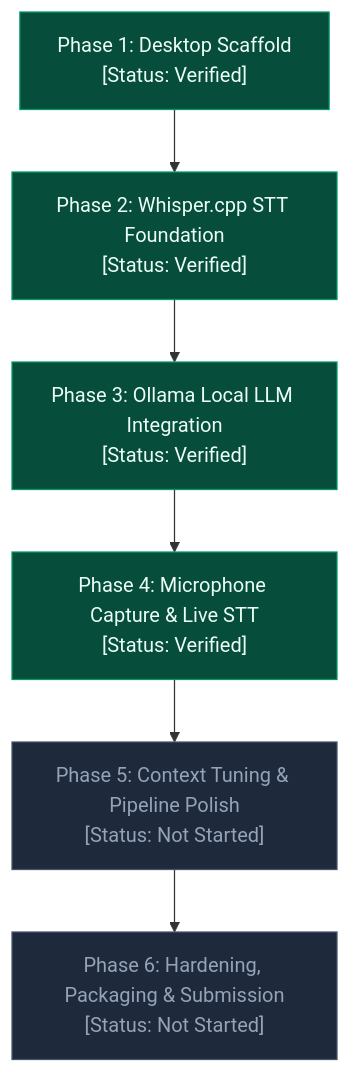
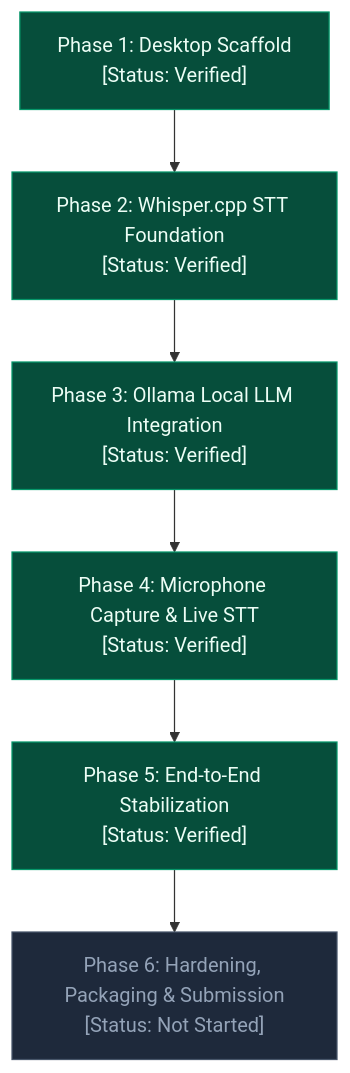
One commit to AbhiJeetSoni22/Local-AI-Conversation-Assistant changed the diagram in docs/PROJECT_ROADMAP.md. Above: the diagram before and after it, drawn with Mermaid. The commit also changed other lines of this file and 8 other files, not shown here.

Commit message:
feat: complete Phase 5 end-to-end stabilization with dynamic readiness, transcript editing, and retry flow

````diff
--- a/docs/PROJECT_ROADMAP.md
+++ b/docs/PROJECT_ROADMAP.md
@@ -15,13 +15,13 @@
 ```mermaid
 flowchart TD
     P1["Phase 1: Desktop Scaffold<br/>[Status: Verified]"] --> P2["Phase 2: Whisper.cpp STT Foundation<br/>[Status: Verified]"]
     P2 --> P3["Phase 3: Ollama Local LLM Integration<br/>[Status: Verified]"]
     P3 --> P4["Phase 4: Microphone Capture & Live STT<br/>[Status: Verified]"]
-    P4 --> P5["Phase 5: Context Tuning & Pipeline Polish<br/>[Status: Not Started]"]
+    P4 --> P5["Phase 5: End-to-End Stabilization<br/>[Status: Verified]"]
     P5 --> P6["Phase 6: Hardening, Packaging & Submission<br/>[Status: Not Started]"]
 
     classDef done fill:#064e3b,stroke:#059669,color:#ecfdf5;
     classDef pending fill:#1e293b,stroke:#475569,color:#94a3b8;
-    class P1,P2,P3,P4 done;
-    class P5,P6 pending;
+    class P1,P2,P3,P4,P5 done;
+    class P6 pending;
 ```
````
